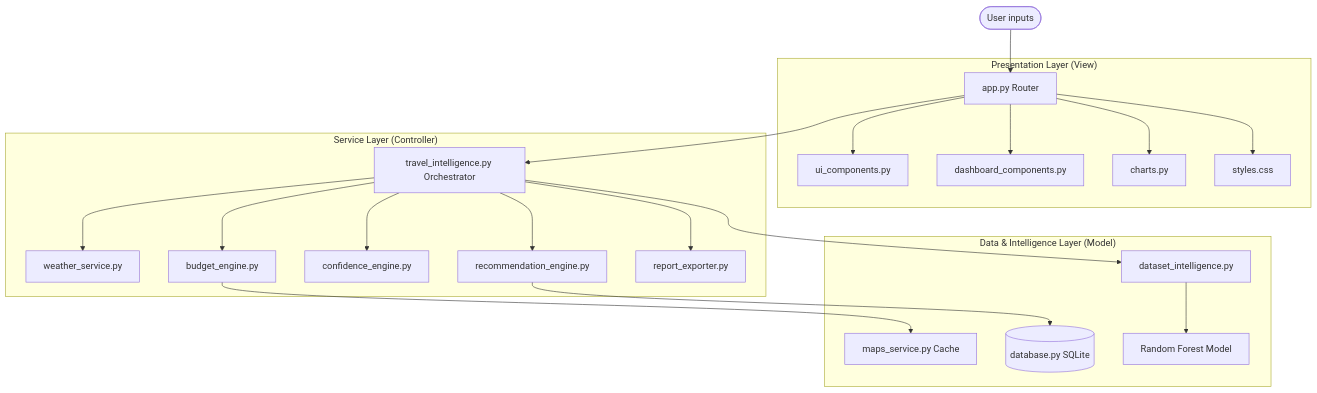
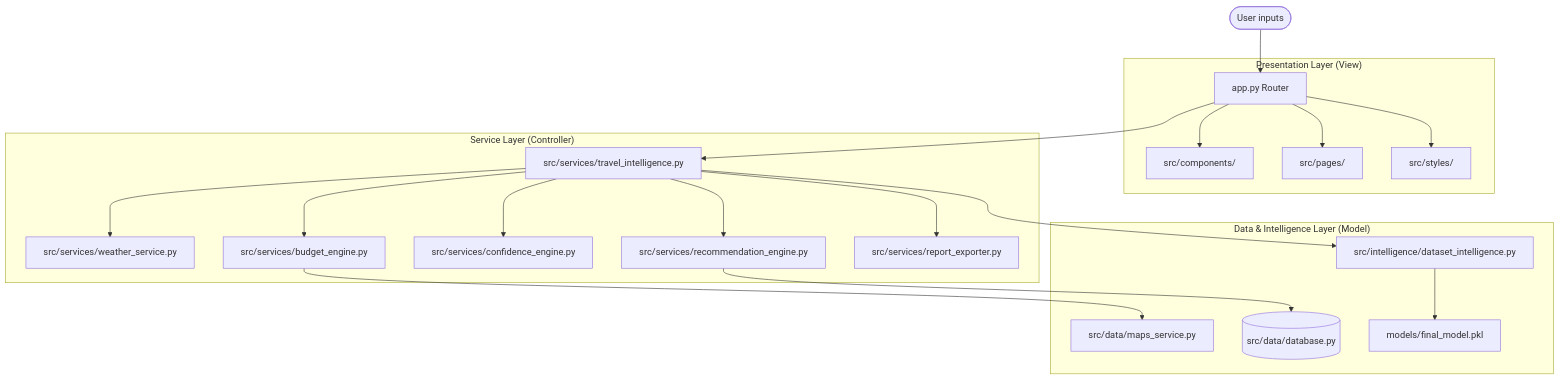
The diagram in README.md (Srujanaaddanki/TravelTripBudgetPrediction), drawn with Mermaid before and after one commit. The commit also changed other lines of this file and 12 other files, not shown here.

````diff
--- a/README.md
+++ b/README.md
@@ -52,27 +44,26 @@
 ```mermaid
 graph TD
     User([User inputs]) --> APP[app.py Router]
     
     subgraph UI ["Presentation Layer (View)"]
-        APP --> UI_C[ui_components.py]
-        APP --> DB_C[dashboard_components.py]
-        APP --> CH[charts.py]
-        APP --> CS[styles.css]
+        APP --> UI_C[src/components/]
+        APP --> DB_C[src/pages/]
+        APP --> CS[src/styles/]
     end
     
     subgraph Controller ["Service Layer (Controller)"]
-        APP --> TIE[travel_intelligence.py Orchestrator]
-        TIE --> WE[weather_service.py]
-        TIE --> BU[budget_engine.py]
-        TIE --> CO[confidence_engine.py]
-        TIE --> RE[recommendation_engine.py]
-        TIE --> EX[report_exporter.py]
+        APP --> TIE[src/services/travel_intelligence.py]
+        TIE --> WE[src/services/weather_service.py]
+        TIE --> BU[src/services/budget_engine.py]
+        TIE --> CO[src/services/confidence_engine.py]
+        TIE --> RE[src/services/recommendation_engine.py]
+        TIE --> EX[src/services/report_exporter.py]
     end
     
     subgraph Model ["Data & Intelligence Layer (Model)"]
-        BU --> MAPS[maps_service.py Cache]
-        RE --> DB[(database.py SQLite)]
-        TIE --> DS[dataset_intelligence.py]
-        DS --> RF[Random Forest Model]
+        BU --> MAPS[src/data/maps_service.py]
+        RE --> DB[(src/data/database.py)]
+        TIE --> DS[src/intelligence/dataset_intelligence.py]
+        DS --> RF[models/final_model.pkl]
     end
 ```
````
